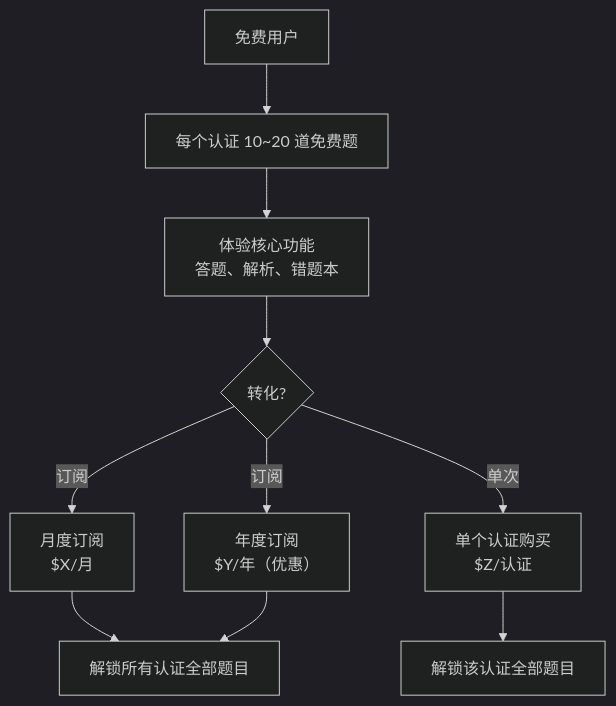
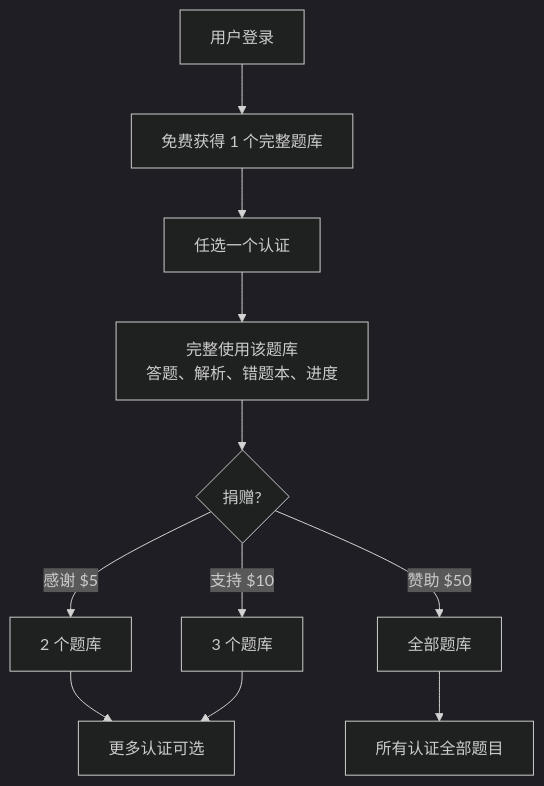
Before and after one commit to TyroneMax/CloudCert: the diagram in docs/design-profit-model.md, drawn with Mermaid (dark theme). The commit also changed other lines of this file and 45 other files, not shown here.

First line of the commit message:
feat: complete auth flow, practice quiz, certifications, navbar auth state

````diff
--- a/docs/design-profit-model.md
+++ b/docs/design-profit-model.md
@@ -13,14 +11,16 @@
 ```mermaid
 flowchart TD
-    FreeUser["免费用户"] --> FreeTier["每个认证 10~20 道免费题"]
-    FreeTier --> Experience["体验核心功能<br/>答题、解析、错题本"]
-    Experience --> Convert{"转化?"}
+    Login["用户登录"] --> Free["免费获得 1 个完整题库"]
+    Free --> Choose["任选一个认证"]
+    Choose --> Use["完整使用该题库<br/>答题、解析、错题本、进度"]
 
-    Convert -- 订阅 --> SubMonthly["月度订阅<br/>$X/月"]
-    Convert -- 订阅 --> SubYearly["年度订阅<br/>$Y/年（优惠）"]
-    Convert -- 单次 --> SinglePurchase["单个认证购买<br/>$Z/认证"]
+    Use --> Donate{"捐赠?"}
 
-    SubMonthly --> AllAccess["解锁所有认证全部题目"]
-    SubYearly --> AllAccess
-    SinglePurchase --> CertAccess["解锁该认证全部题目"]
+    Donate -- 感谢 $5 --> Thanks["2 个题库"]
+    Donate -- 支持 $10 --> Support["3 个题库"]
+    Donate -- 赞助 $50 --> Sponsor["全部题库"]
+
+    Thanks --> MoreAccess["更多认证可选"]
+    Support --> MoreAccess
+    Sponsor --> AllAccess["所有认证全部题目"]
 ```
````
